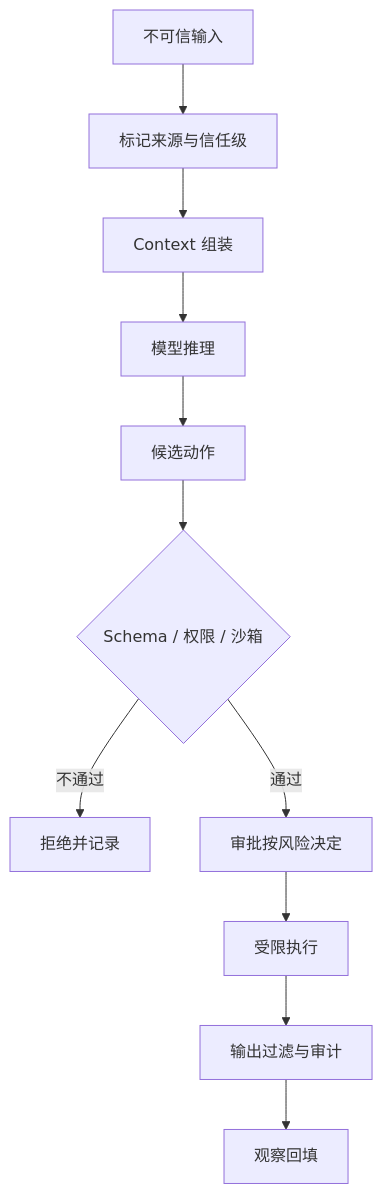
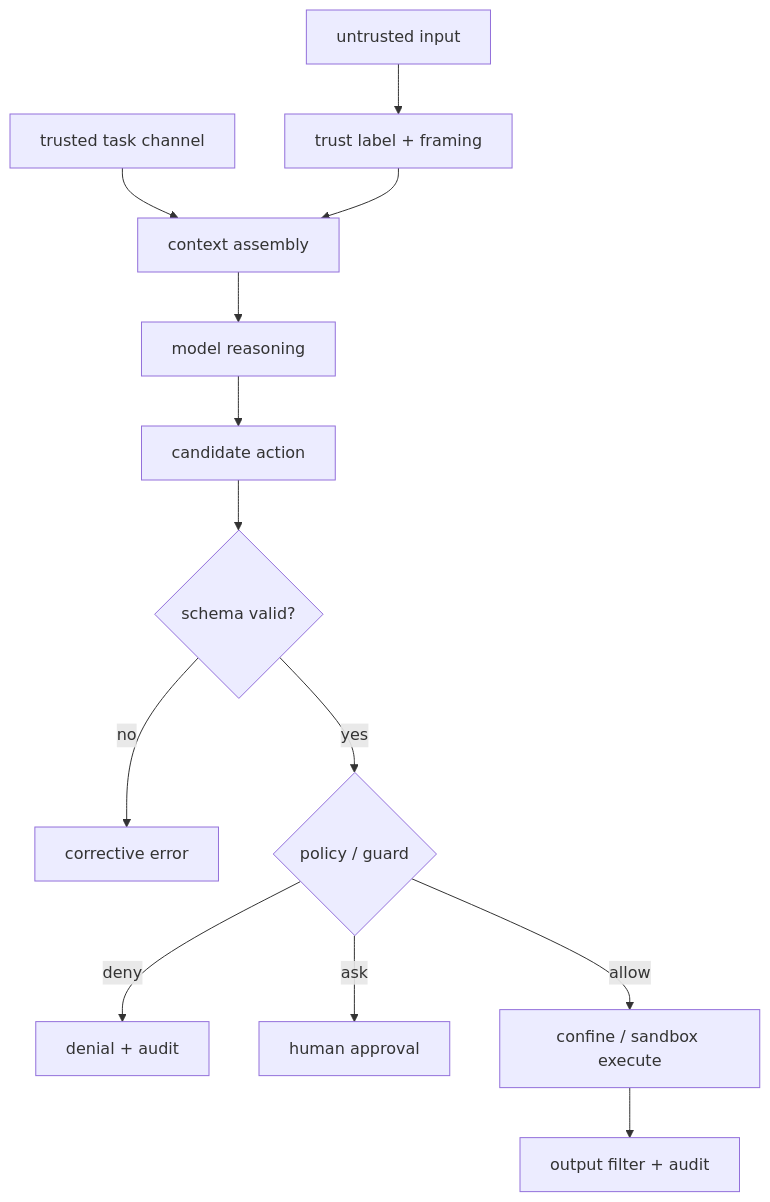
Before and after one commit to xiaoslin9153/awesome-agent-harness-tutorial: the first of 2 diagrams in tutorial/zh-CN/02-harness-mechanics/prompt-injection.md, drawn with Mermaid. The commit also changed other lines of this file and 3 other files, not shown here.

````diff
--- a/tutorial/zh-CN/02-harness-mechanics/prompt-injection.md
+++ b/tutorial/zh-CN/02-harness-mechanics/prompt-injection.md
@@ -34,13 +62,15 @@
 ```mermaid
 flowchart TD
-  A[不可信输入] --> B[标记来源与信任级]
-  B --> C[Context 组装]
-  C --> D[模型推理]
-  D --> E[候选动作]
-  E --> F{Schema / 权限 / 沙箱}
-  F -- 不通过 --> G[拒绝并记录]
-  F -- 通过 --> H[审批按风险决定]
-  H --> I[受限执行]
-  I --> J[输出过滤与审计]
-  J --> K[观察回填]
+  A[untrusted input] --> B[trust label + framing]
+  T[trusted task channel] --> C[context assembly]
+  B --> C
+  C --> D[model reasoning]
+  D --> E[candidate action]
+  E --> F{schema valid?}
+  F -- no --> G[corrective error]
+  F -- yes --> H{policy / guard}
+  H -- deny --> I[denial + audit]
+  H -- ask --> J[human approval]
+  H -- allow --> K[confine / sandbox execute]
+  K --> L[output filter + audit]
 ```
````
